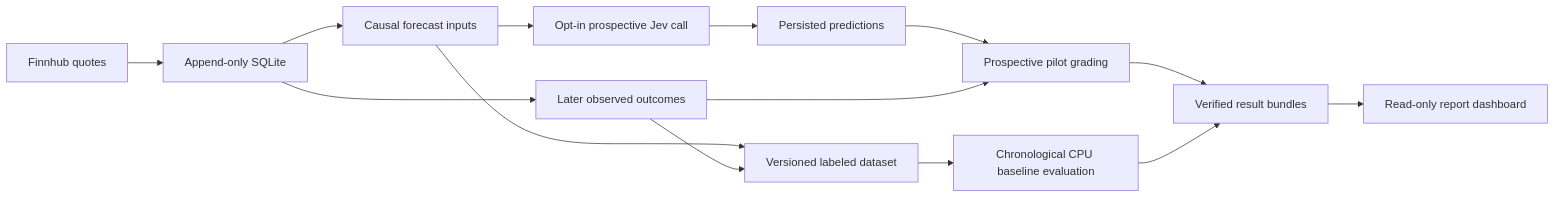
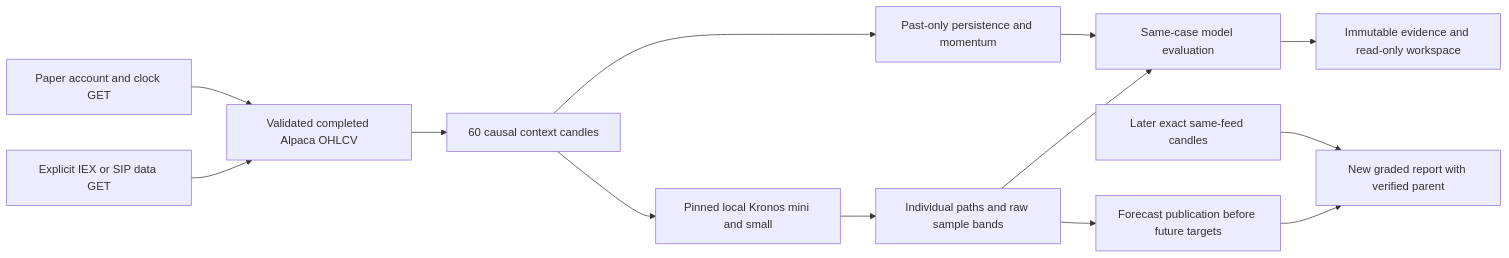
Before and after one commit to Vajraaaang/tradecopilot: the diagram in README.md, drawn with Mermaid. The commit also changed other lines of this file and 3 other files, not shown here.

````diff
--- a/README.md
+++ b/README.md
@@ -53,16 +155,15 @@
 ```mermaid
 flowchart LR
-    A[Finnhub quotes] --> B[Append-only SQLite]
-    B --> C[Causal forecast inputs]
-    C --> D[Opt-in prospective Jev call]
-    D --> E[Persisted predictions]
-    B --> F[Later observed outcomes]
-    E --> G[Prospective pilot grading]
-    F --> G
-    C --> H[Versioned labeled dataset]
-    F --> H
-    H --> I[Chronological CPU baseline evaluation]
-    G --> J[Verified result bundles]
-    I --> J
-    J --> K[Read-only report dashboard]
+    A[Paper account and clock GET] --> B[Validated completed Alpaca OHLCV]
+    C[Explicit IEX or SIP data GET] --> B
+    B --> D[60 causal context candles]
+    D --> E[Pinned local Kronos mini and small]
+    D --> F[Past-only persistence and momentum]
+    E --> G[Individual paths and raw sample bands]
+    F --> H[Same-case model evaluation]
+    G --> H
+    H --> I[Immutable evidence and read-only workspace]
+    G --> J[Forecast publication before future targets]
+    K[Later exact same-feed candles] --> L[New graded report with verified parent]
+    J --> L
 ```
````
